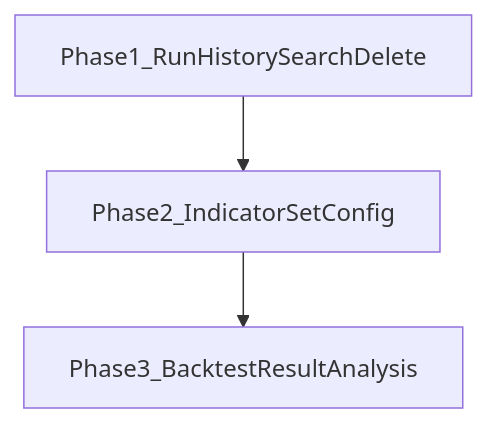
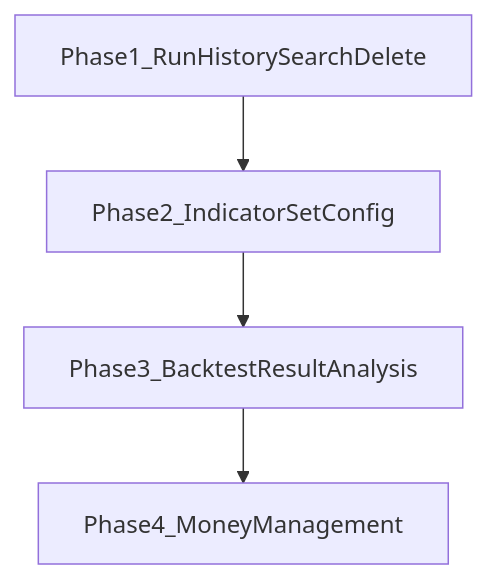
One commit to KenichiroArai/market-platform changed the diagram in docs/roadmap/v0/v0.4/v0.4.0.md. Above: the diagram before and after it, drawn with Mermaid. The commit also changed other lines of this file and 43 other files, not shown here.

````diff
--- a/docs/roadmap/v0/v0.4/v0.4.0.md
+++ b/docs/roadmap/v0/v0.4/v0.4.0.md
@@ -5,8 +5,10 @@
 ```mermaid
 flowchart TB
   p1[Phase1_RunHistorySearchDelete]
   p2[Phase2_IndicatorSetConfig]
   p3[Phase3_BacktestResultAnalysis]
+  p4[Phase4_MoneyManagement]
   p1 --> p2
   p2 --> p3
+  p3 --> p4
 ```
````
